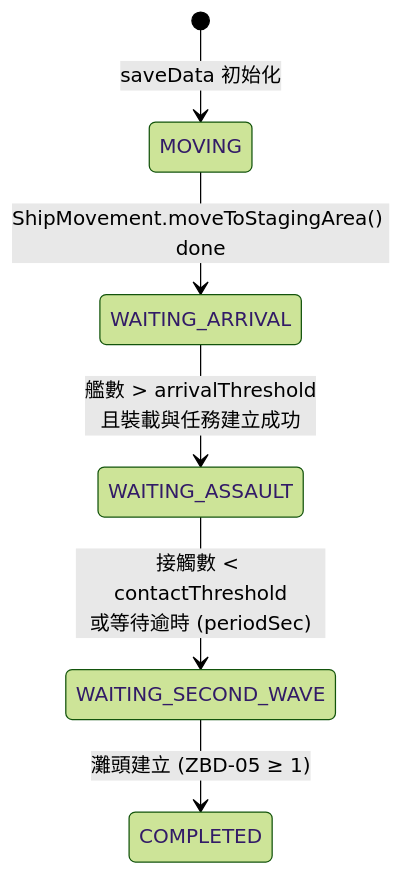
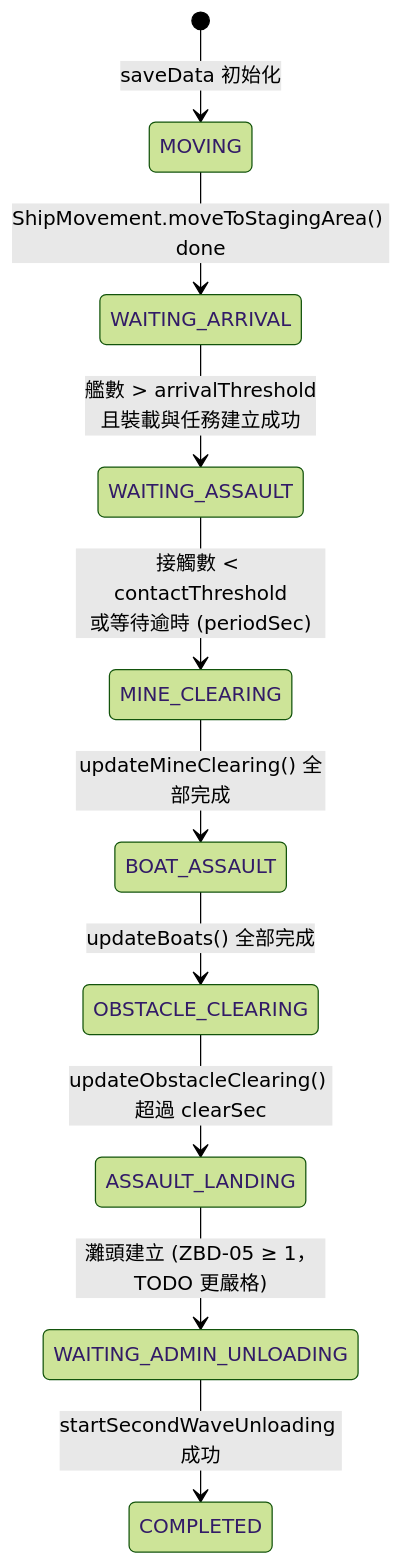
Before and after one commit to pullupjumper/formosa-in-flames: the second of 4 diagrams in docs/landingOps/coordinator.md, drawn with Mermaid (forest theme). The commit also changed other lines of this file and 39 other files, not shown here.

First line of the commit message:
feat(landingOps): add lane-based amphibious assault with mine and obstacle clearing

````diff
--- a/docs/landingOps/coordinator.md
+++ b/docs/landingOps/coordinator.md
@@ -42,8 +42,12 @@
 ```mermaid
 stateDiagram-v2
     [*] --> MOVING: saveData 初始化
     MOVING --> WAITING_ARRIVAL: ShipMovement.moveToStagingArea() done
     WAITING_ARRIVAL --> WAITING_ASSAULT: 艦數 > arrivalThreshold<br>且裝載與任務建立成功
-    WAITING_ASSAULT --> WAITING_SECOND_WAVE: 接觸數 < contactThreshold<br>或等待逾時 (periodSec)
-    WAITING_SECOND_WAVE --> COMPLETED: 灘頭建立 (ZBD-05 ≥ 1)
+    WAITING_ASSAULT --> MINE_CLEARING: 接觸數 < contactThreshold<br>或等待逾時 (periodSec)
+    MINE_CLEARING --> BOAT_ASSAULT: updateMineClearing() 全部完成
+    BOAT_ASSAULT --> OBSTACLE_CLEARING: updateBoats() 全部完成
+    OBSTACLE_CLEARING --> ASSAULT_LANDING: updateObstacleClearing() 超過 clearSec
+    ASSAULT_LANDING --> WAITING_ADMIN_UNLOADING: 灘頭建立 (ZBD-05 ≥ 1，TODO 更嚴格)
+    WAITING_ADMIN_UNLOADING --> COMPLETED: startSecondWaveUnloading 成功
 ```
````
